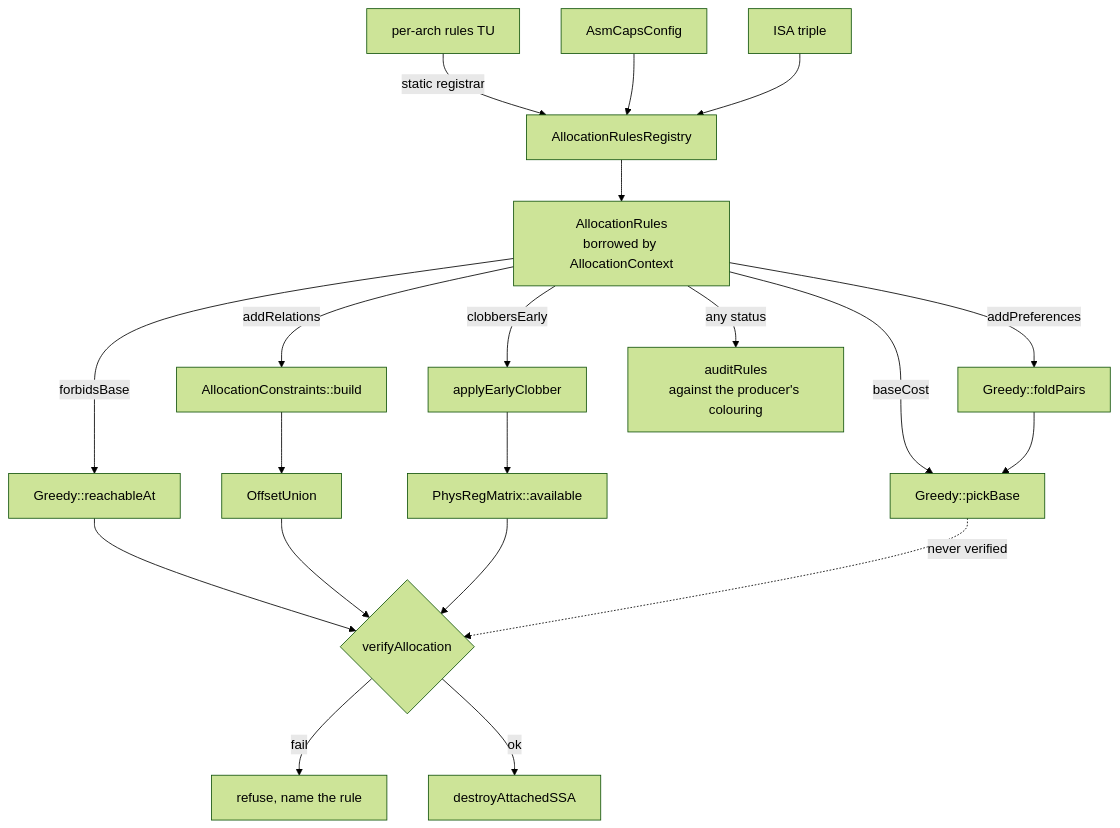
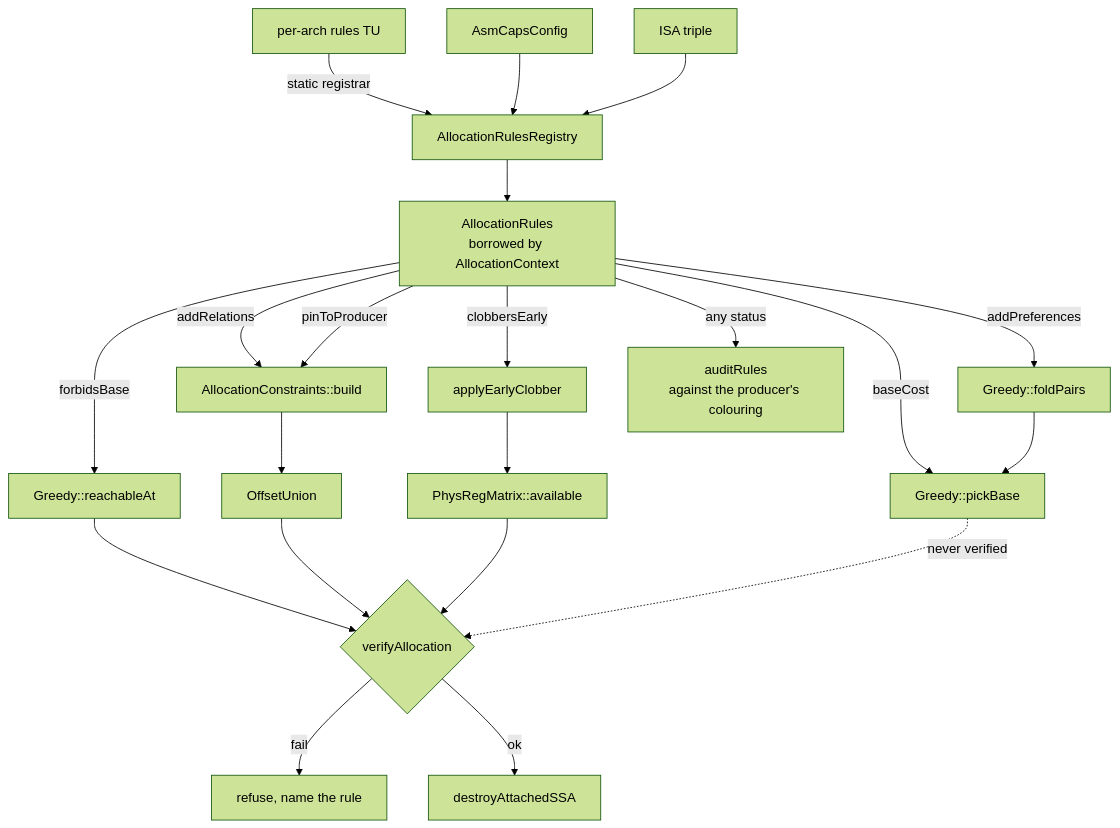
One commit to jaysqvl/rocm-libraries changed the eighth of 8 diagrams in shared/stinkytofu/docs/developer/register-allocation.md. Above: the diagram before and after it, drawn with Mermaid (forest theme). The commit also changed other lines of this file and 10 other files, not shown here.

Commit message:
fix(stinkytofu): add hard producer-pin allocation rule and ProducerPinMatrix for gfx1250 VGPR operands

````diff
--- a/shared/stinkytofu/docs/developer/register-allocation.md
+++ b/shared/stinkytofu/docs/developer/register-allocation.md
@@ -1106,22 +1119,23 @@
 ```mermaid
 flowchart TD
     tu["per-arch rules TU"] -->|"static registrar"| reg["AllocationRulesRegistry"]
     caps["AsmCapsConfig"] --> reg
     triple["ISA triple"] --> reg
     reg --> table["AllocationRules<br/>borrowed by AllocationContext"]
 
     table -->|"forbidsBase"| place["Greedy::reachableAt"]
     table -->|"baseCost"| pick["Greedy::pickBase"]
     table -->|"addPreferences"| pref["Greedy::foldPairs"] --> pick
     table -->|"addRelations"| cons["AllocationConstraints::build"] --> offs["OffsetUnion"]
+    table -->|"pinToProducer"| cons
     table -->|"clobbersEarly"| adj["applyEarlyClobber"] --> mat["PhysRegMatrix::available"]
 
     place --> ver{"verifyAllocation"}
     offs --> ver
     mat --> ver
     pick -.->|"never verified"| ver
     ver -->|fail| refuse["refuse, name the rule"]
     ver -->|ok| apply["destroyAttachedSSA"]
 
     table -->|"any status"| audit["auditRules<br/>against the producer's colouring"]
 ```
````
